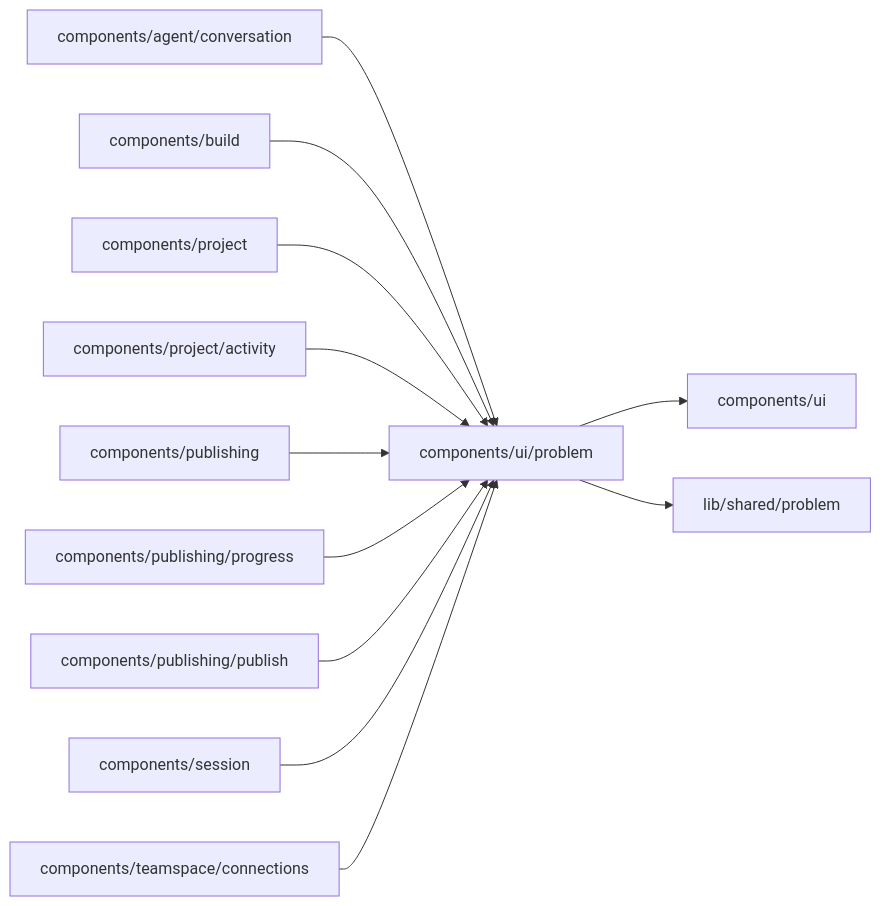
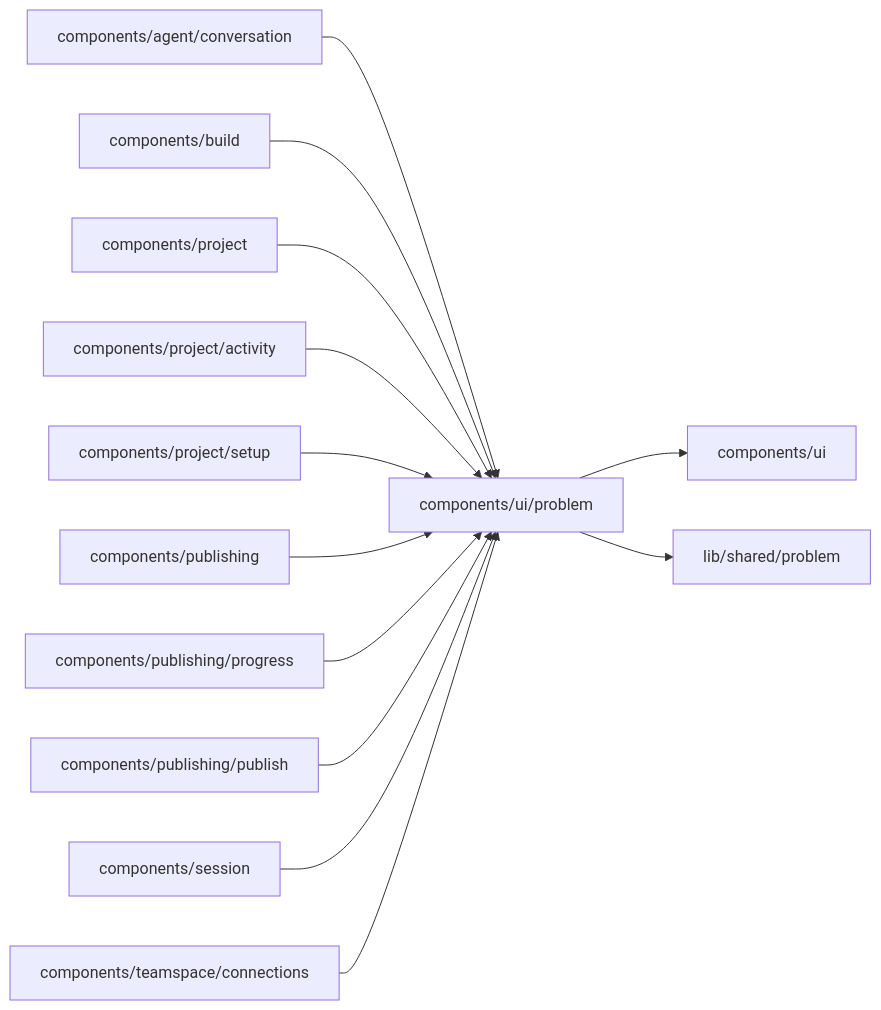
The diagram in web/studio/components/ui/problem/README.md (superdurable/superverse), drawn with Mermaid before and after one commit. The commit also changed other lines of this file and 278 other files, not shown here.

````diff
--- a/web/studio/components/ui/problem/README.md
+++ b/web/studio/components/ui/problem/README.md
@@ -10,15 +10,16 @@
 ```mermaid
 flowchart LR
   self["components/ui/problem"]
   c0["components/agent/conversation"] --> self
   c1["components/build"] --> self
   c2["components/project"] --> self
   c3["components/project/activity"] --> self
-  c4["components/publishing"] --> self
-  c5["components/publishing/progress"] --> self
-  c6["components/publishing/publish"] --> self
-  c7["components/session"] --> self
-  c8["components/teamspace/connections"] --> self
+  c4["components/project/setup"] --> self
+  c5["components/publishing"] --> self
+  c6["components/publishing/progress"] --> self
+  c7["components/publishing/publish"] --> self
+  c8["components/session"] --> self
+  c9["components/teamspace/connections"] --> self
   self --> d0["components/ui"]
   self --> d1["lib/shared/problem"]
 ```
````
